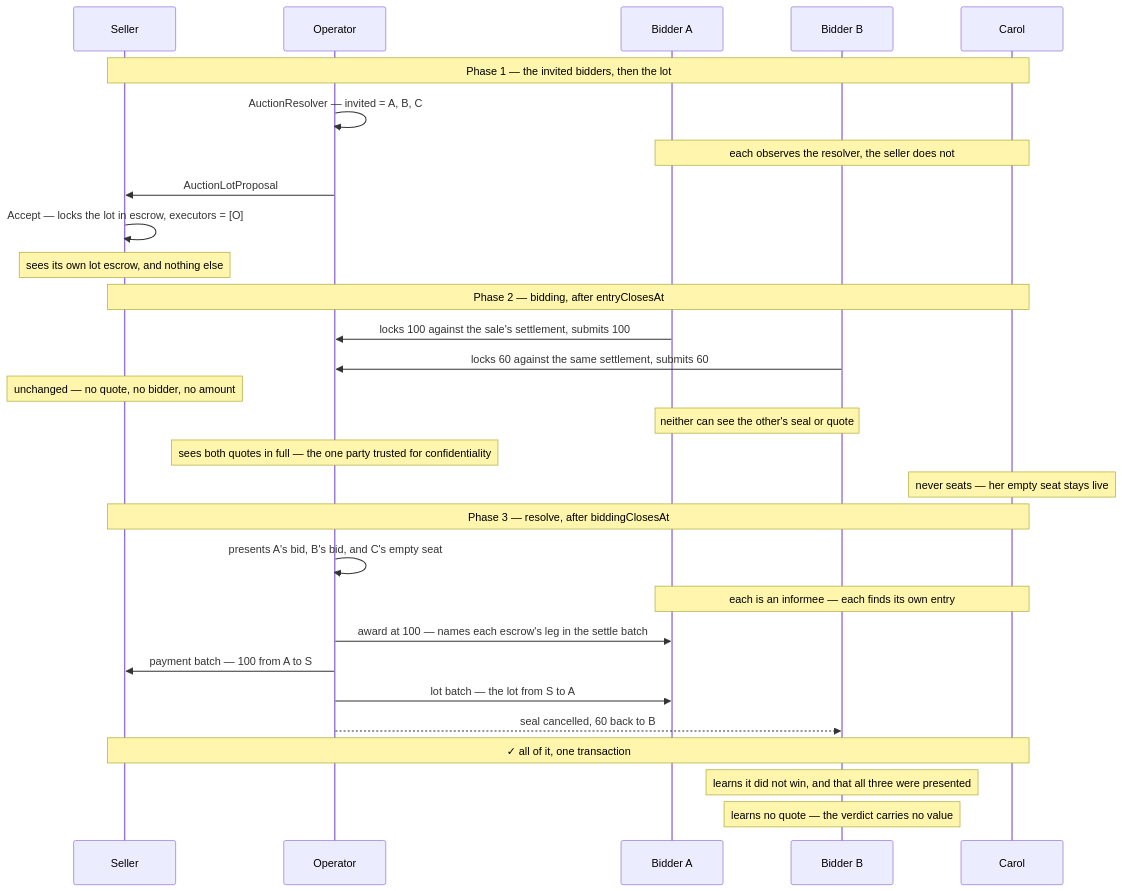
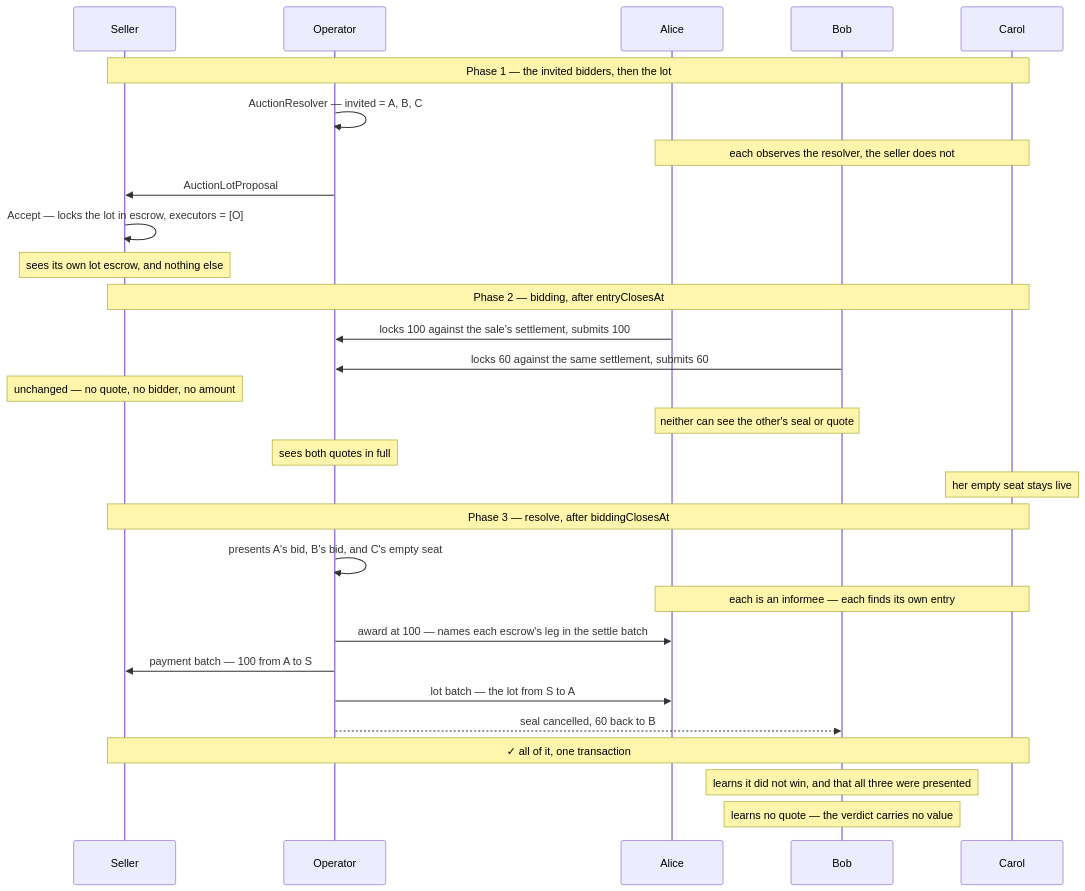
Before and after one commit to unlockitio/concordia: the first of 6 diagrams in examples/auctions/sealed-bid-first-price/DEMOS.md, drawn with Mermaid. The commit also changed other lines of this file and 12 other files, not shown here.

````diff
--- a/examples/auctions/sealed-bid-first-price/DEMOS.md
+++ b/examples/auctions/sealed-bid-first-price/DEMOS.md
@@ -71,34 +83,34 @@
 ```mermaid
 sequenceDiagram
     participant S as Seller
     participant O as Operator
-    participant A as Bidder A
-    participant B as Bidder B
+    participant A as Alice
+    participant B as Bob
     participant C as Carol
 
     Note over S,C: Phase 1 — the invited bidders, then the lot
     O->>O: AuctionResolver — invited = A, B, C
     Note over A,C: each observes the resolver, the seller does not
     O->>S: AuctionLotProposal
     S->>S: Accept — locks the lot in escrow, executors = [O]
     Note over S: sees its own lot escrow, and nothing else
 
     Note over S,C: Phase 2 — bidding, after entryClosesAt
     A->>O: locks 100 against the sale's settlement, submits 100
     B->>O: locks 60 against the same settlement, submits 60
     Note over S: unchanged — no quote, no bidder, no amount
     Note over A,B: neither can see the other's seal or quote
-    Note over O: sees both quotes in full — the one party trusted for confidentiality
-    Note over C: never seats — her empty seat stays live
+    Note over O: sees both quotes in full 
+    Note over C: her empty seat stays live
 
     Note over S,C: Phase 3 — resolve, after biddingClosesAt
     O->>O: presents A's bid, B's bid, and C's empty seat
     Note over A,C: each is an informee — each finds its own entry
     O->>A: award at 100 — names each escrow's leg in the settle batch
     O->>S: payment batch — 100 from A to S
     O->>A: lot batch — the lot from S to A
     O-->>B: seal cancelled, 60 back to B
     Note over S,C: ✓ all of it, one transaction
     Note over B: learns it did not win, and that all three were presented
     Note over B: learns no quote — the verdict carries no value
 ```
````
